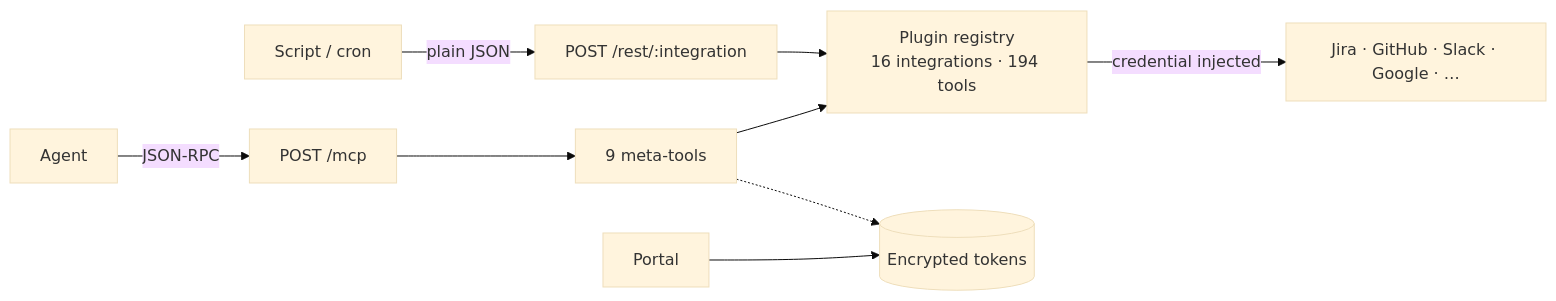
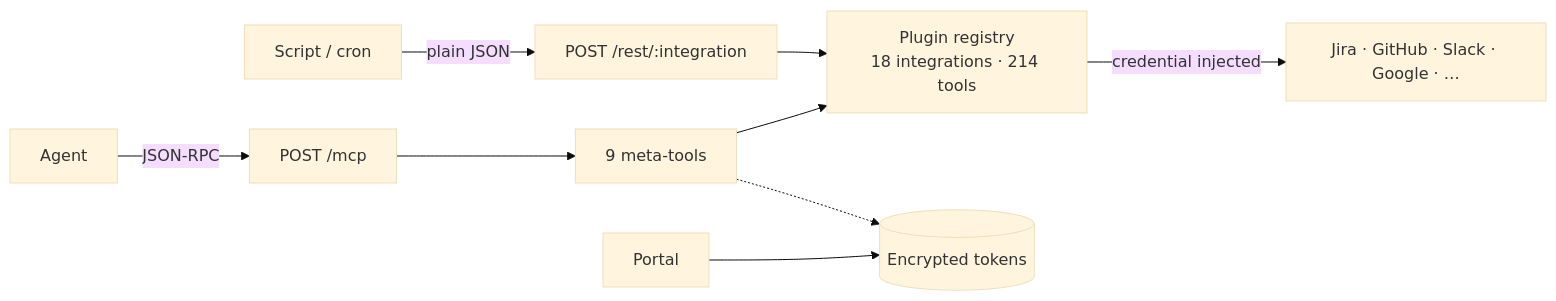
The diagram in README.md (amarthaid/workbench), drawn with Mermaid (base theme) before and after one commit. The commit also changed other lines of this file and 21 other files, not shown here.

````diff
--- a/README.md
+++ b/README.md
@@ -28,11 +28,11 @@
 ```mermaid
 flowchart LR
   Agent["Agent"] -->|JSON-RPC| MCP["POST /mcp"]
   Script["Script / cron"] -->|plain JSON| REST["POST /rest/:integration"]
   MCP --> Meta["9 meta-tools"]
-  Meta --> Reg["Plugin registry<br/>16 integrations · 194 tools"]
+  Meta --> Reg["Plugin registry<br/>18 integrations · 214 tools"]
   REST --> Reg
   Reg -->|credential injected| APIs["Jira · GitHub · Slack · Google · …"]
   Portal["Portal"] --> Store[("Encrypted tokens")]
   Meta -.-> Store
 ```
````
